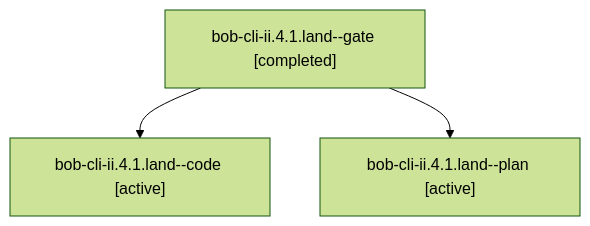
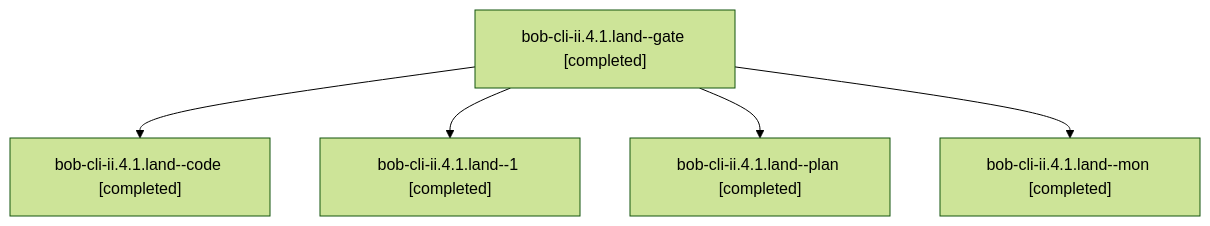
One commit to bobs-org/bob-cli--agents changed the diagram in sessions/bbugyi200.athena.bob-cli-ii.4.1.land.md. Above: the diagram before and after it, drawn with Mermaid (forest theme). The commit also changed other lines of this file and 63 other files, not shown here.

````diff
--- a/sessions/bbugyi200.athena.bob-cli-ii.4.1.land.md
+++ b/sessions/bbugyi200.athena.bob-cli-ii.4.1.land.md
@@ -9,8 +9,12 @@
 ```mermaid
 flowchart TD
   n0["bob-cli-ii.4.1.land--gate [completed]"]
-  n1["bob-cli-ii.4.1.land--code [active]"]
+  n1["bob-cli-ii.4.1.land--code [completed]"]
   n0 --> n1
-  n2["bob-cli-ii.4.1.land--plan [active]"]
+  n2["bob-cli-ii.4.1.land--1 [completed]"]
   n0 --> n2
+  n3["bob-cli-ii.4.1.land--plan [completed]"]
+  n0 --> n3
+  n4["bob-cli-ii.4.1.land--mon [completed]"]
+  n0 --> n4
 ```
````
